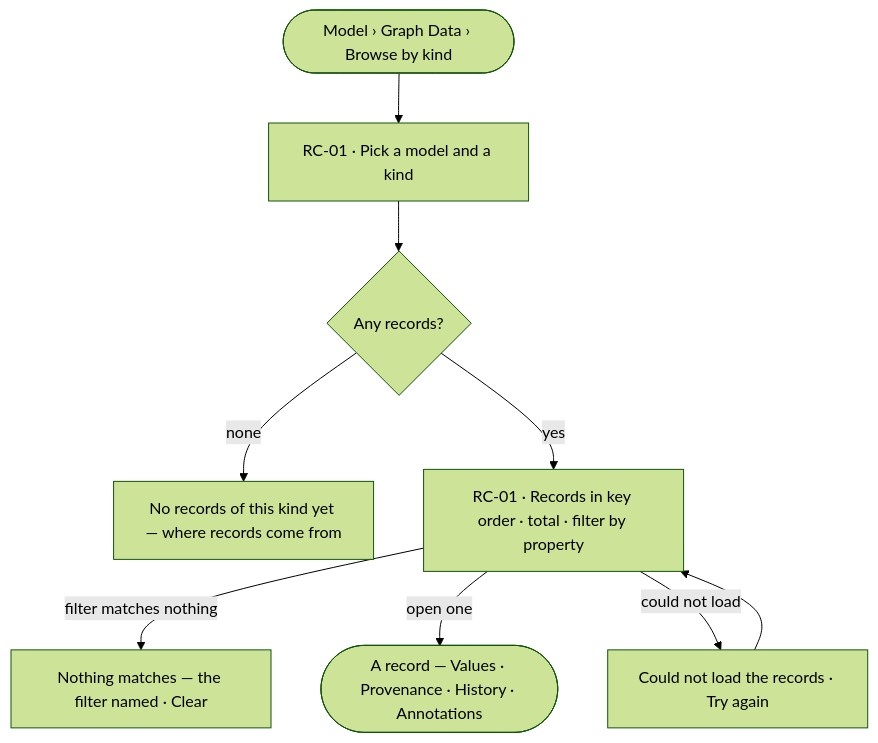
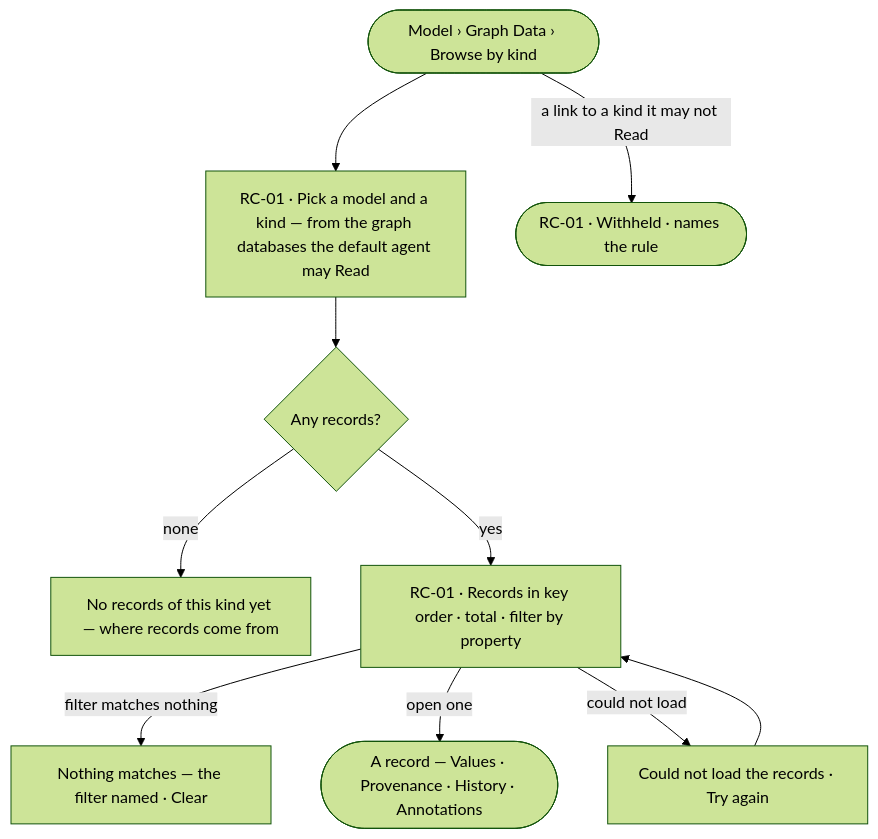
The diagram in specs/capabilities/records/features/RC-F01-records-by-kind/feature.md (invana/invana), drawn with Mermaid (forest theme) before and after one commit. The commit also changed other lines of this file and 54 other files, not shown here.

First line of the commit message:
docs(specs): many graph databases by access, links within one database, Model views restored

````diff
--- a/specs/capabilities/records/features/RC-F01-records-by-kind/feature.md
+++ b/specs/capabilities/records/features/RC-F01-records-by-kind/feature.md
@@ -21,10 +21,11 @@
 ```mermaid
 flowchart TD
-  start([Model › Graph Data › Browse by kind]) --> k["RC-01 · Pick a model and a kind"]
+  start([Model › Graph Data › Browse by kind]) --> k["RC-01 · Pick a model and a kind — from the graph databases the default agent may Read"]
+  start -->|a link to a kind it may not Read| wh(["RC-01 · Withheld · names the rule"])
   k --> any{Any records?}
   any -->|none| e0["No records of this kind yet — where records come from"]
   any -->|yes| list["RC-01 · Records in key order · total · filter by property"]
   list -->|filter matches nothing| ef["Nothing matches — the filter named · Clear"]
   list -->|open one| rec(["A record — Values · Provenance · History · Annotations"])
   list -->|could not load| f["Could not load the records · Try again"] --> list
 ```
````
